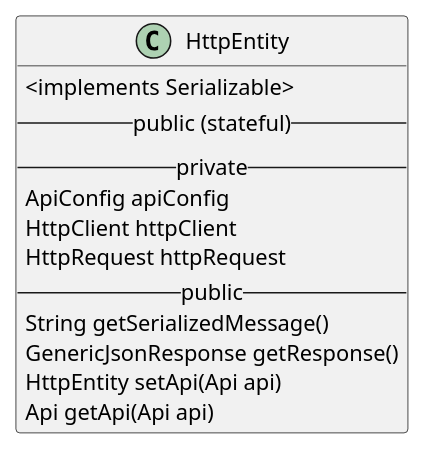
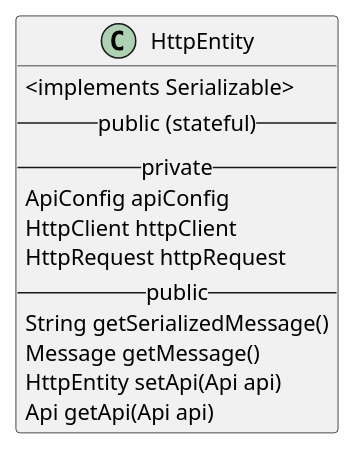
Before and after one commit to datakaveri/iudx-adaptor-framework: the diagram in docs/diagrams/HttpEntity.puml, drawn with PlantUML. The commit also changed 19 other files, not shown here.

```diff
--- a/docs/diagrams/HttpEntity.puml
+++ b/docs/diagrams/HttpEntity.puml
@@ -1,15 +1,15 @@
 @startuml
 class HttpEntity  {
     <implements Serializable>
   -- public (stateful) --
   -- private --
   ApiConfig apiConfig
   HttpClient httpClient
   HttpRequest httpRequest
   -- public --
   String getSerializedMessage()
-  GenericJsonResponse getResponse()
+  Message getMessage()
   HttpEntity setApi(Api api)
   Api getApi(Api api)
 }
 @enduml
```
